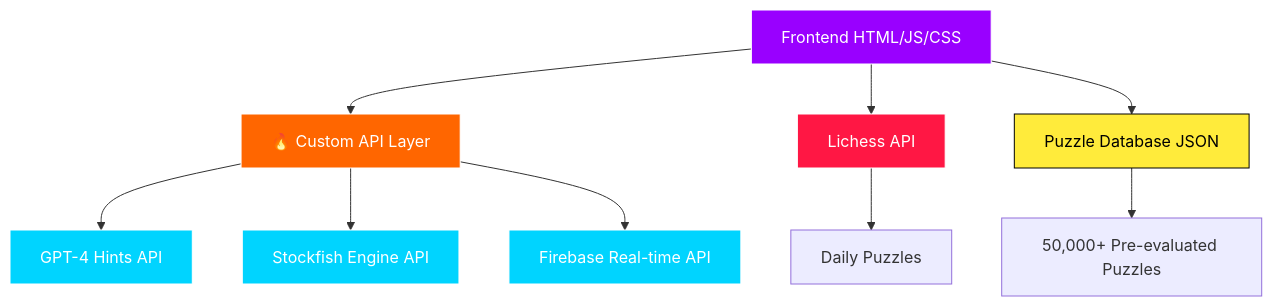
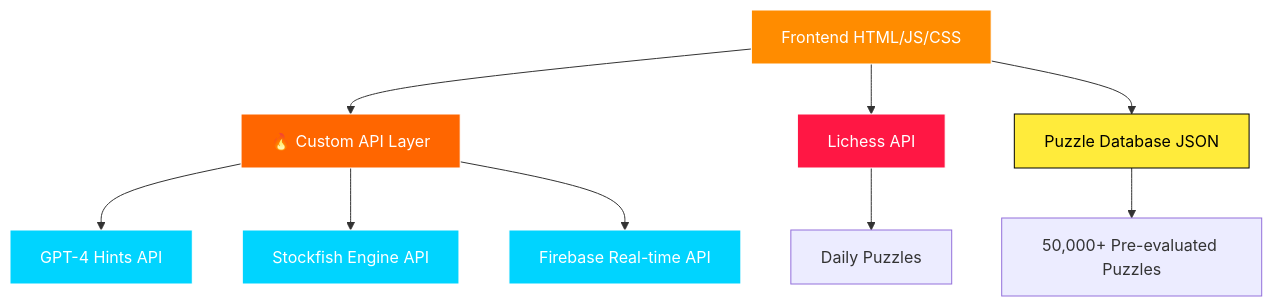
One commit to vd2mi/PawnPush changed the diagram in README.md. Above: the diagram before and after it, drawn with Mermaid. The commit also changed other lines of this file and 3 other files, not shown here.

````diff
--- a/README.md
+++ b/README.md
@@ -69,19 +75,19 @@
 ```mermaid
 graph TB
     A[Frontend HTML/JS/CSS] --> B[🔥 Custom API Layer]
     A --> C[Lichess API]
     A --> D[Puzzle Database JSON]
     B --> E[GPT-4 Hints API]
     B --> F[Stockfish Engine API]
     B --> G[Firebase Real-time API]
     C --> H[Daily Puzzles]
     D --> I[50,000+ Pre-evaluated Puzzles]
     
-    style A fill:#9900ff,stroke:#fff,color:#fff
+    style A fill:#ff8c00,stroke:#fff,color:#fff
     style B fill:#ff6600,stroke:#fff,color:#fff
     style E fill:#00d4ff,stroke:#fff,color:#fff
     style F fill:#00d4ff,stroke:#fff,color:#fff
     style G fill:#00d4ff,stroke:#fff,color:#fff
     style C fill:#ff1744,stroke:#fff,color:#fff
     style D fill:#ffeb3b,stroke:#000,color:#000
 ```
````
